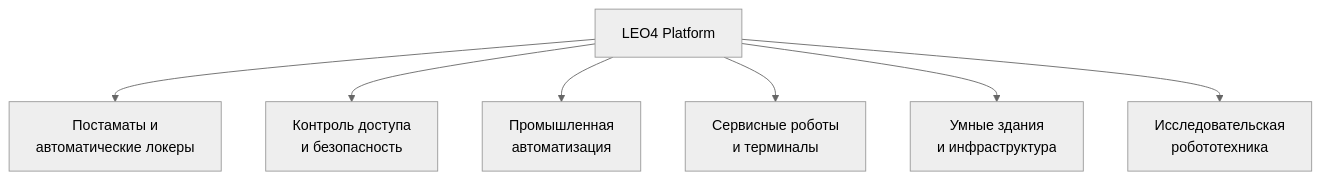
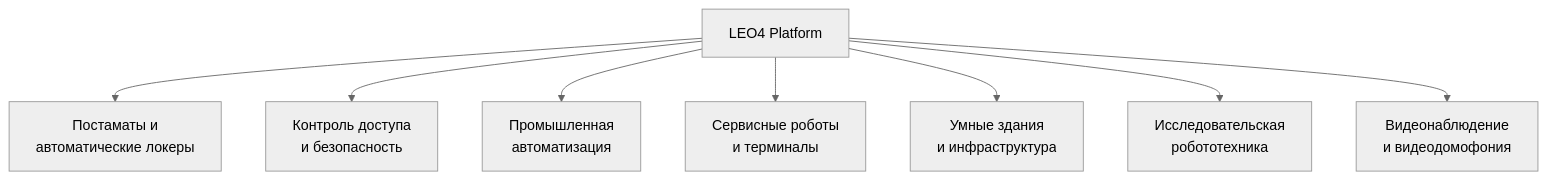
The fifth of 5 diagrams in robotics/marketing-overview.md (OlegLebedevRU/iot-rpc-rest-app), drawn with Mermaid (neutral theme) before and after one commit. The commit also changed other lines of this file and 2 other files, not shown here.

````diff
--- a/robotics/marketing-overview.md
+++ b/robotics/marketing-overview.md
@@ -186,9 +214,10 @@
 ```mermaid
 graph TB
     LEO4["LEO4 Platform"] --> S1["Постаматы и\nавтоматические локеры"]
     LEO4 --> S2["Контроль доступа\nи безопасность"]
     LEO4 --> S3["Промышленная\nавтоматизация"]
     LEO4 --> S4["Сервисные роботы\nи терминалы"]
     LEO4 --> S5["Умные здания\nи инфраструктура"]
     LEO4 --> S6["Исследовательская\nробототехника"]
+    LEO4 --> S7["Видеонаблюдение\nи видеодомофония"]
 ```
````
